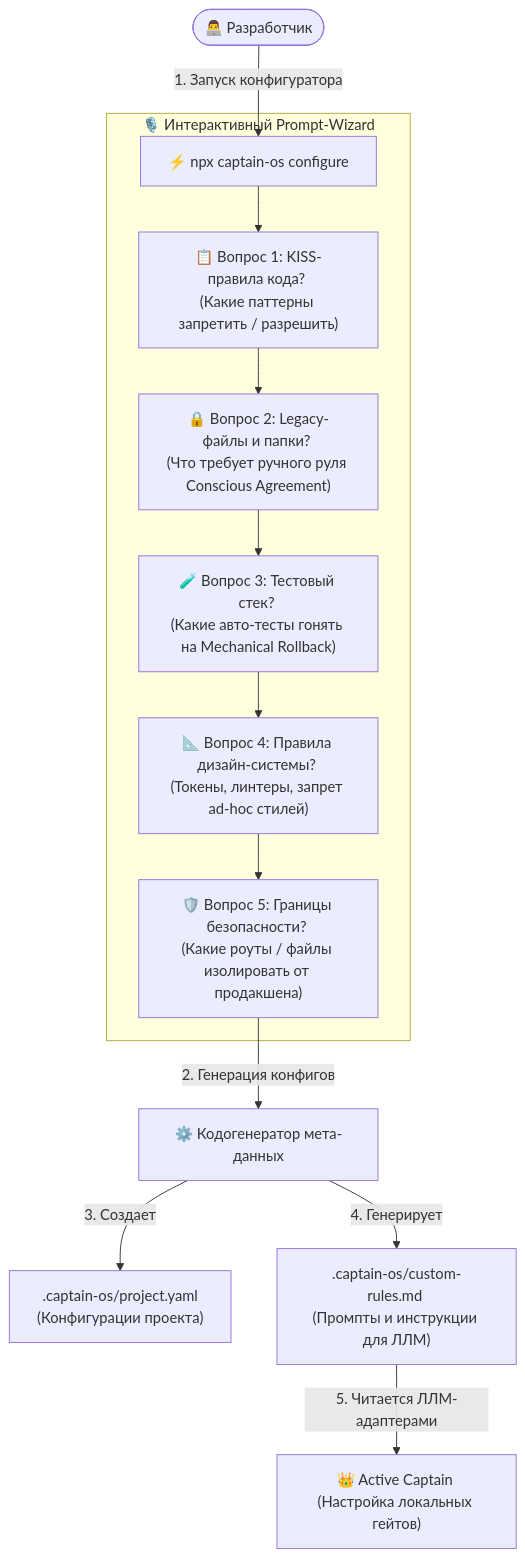
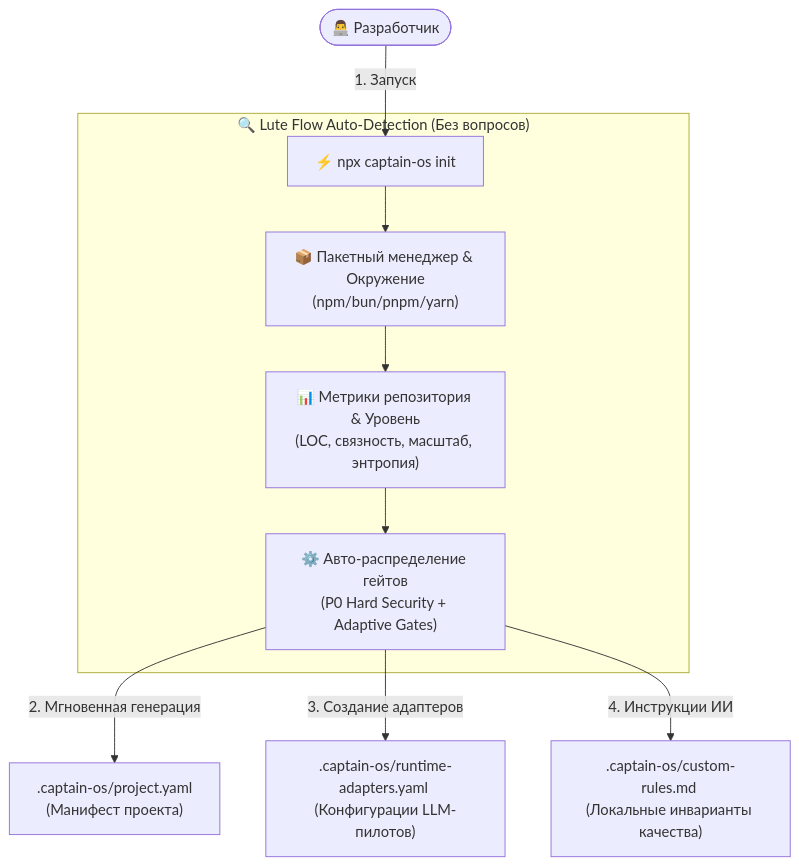
Before and after one commit to anton-remide/captain-os: the fourth of 5 diagrams in README.md, drawn with Mermaid. The commit also changed other lines of this file, not shown here.

Commit message:
docs: update README with declarative gates, 2026 models, and flow diagrams

````diff
--- a/README.md
+++ b/README.md
@@ -295,19 +261,14 @@
 ```mermaid
 graph TD
-    User([👨‍💻 Разработчик]) -->|"1. Запуск конфигуратора"| CLI["⚡ npx captain-os configure"]
+    User([👨‍💻 Разработчик]) -->|"1. Запуск"| CLI["⚡ npx captain-os init"]
     
-    subgraph Wizard["🎙️ Интерактивный Prompt-Wizard"]
-        CLI --> Q1["📋 Вопрос 1: KISS-правила кода? <br>(Какие паттерны запретить / разрешить)"]
-        Q1 --> Q2["🔒 Вопрос 2: Legacy-файлы и папки? <br>(Что требует ручного руля Conscious Agreement)"]
-        Q2 --> Q3["🧪 Вопрос 3: Тестовый стек? <br>(Какие авто-тесты гонять на Mechanical Rollback)"]
-        Q3 --> Q4["📐 Вопрос 4: Правила дизайн-системы? <br>(Токены, линтеры, запрет ad-hoc стилей)"]
-        Q4 --> Q5["🛡️ Вопрос 5: Границы безопасности? <br>(Какие роуты / файлы изолировать от продакшена)"]
+    subgraph Scan["🔍 Lute Flow Auto-Detection (Без вопросов)"]
+        CLI --> Package["📦 Пакетный менеджер & Окружение<br>(npm/bun/pnpm/yarn)"]
+        Package --> Metrics["📊 Метрики репозитория & Уровень<br>(LOC, связность, масштаб, энтропия)"]
+        Metrics --> AutoConfig["⚙️ Авто-распределение гейтов<br>(P0 Hard Security + Adaptive Gates)"]
     end
 
-    Q5 -->|"2. Генерация конфигов"| Generator["⚙️ Кодогенератор мета-данных"]
-    
-    Generator -->|"3. Создает"| Manifest[".captain-os/project.yaml <br>(Конфигурации проекта)"]
-    Generator -->|"4. Генерирует"| CustomRules[".captain-os/custom-rules.md <br>(Промпты и инструкции для ЛЛМ)"]
-    
-    CustomRules -->|"5. Читается ЛЛМ-адаптерами"| Captain["👑 Active Captain <br>(Настройка локальных гейтов)"]
+    AutoConfig -->|"2. Мгновенная генерация"| Manifest[".captain-os/project.yaml <br>(Манифест проекта)"]
+    AutoConfig -->|"3. Создание адаптеров"| Adapters[".captain-os/runtime-adapters.yaml <br>(Конфигурации LLM-пилотов)"]
+    AutoConfig -->|"4. Инструкции ИИ"| CustomRules[".captain-os/custom-rules.md <br>(Локальные инварианты качества)"]
 ```
````
